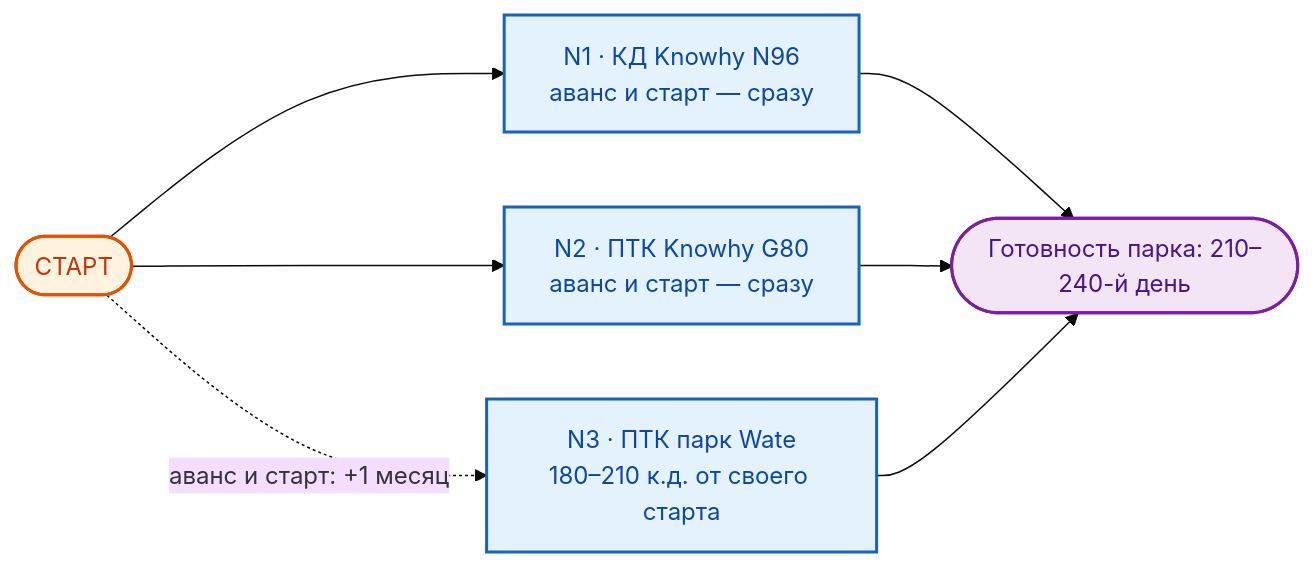
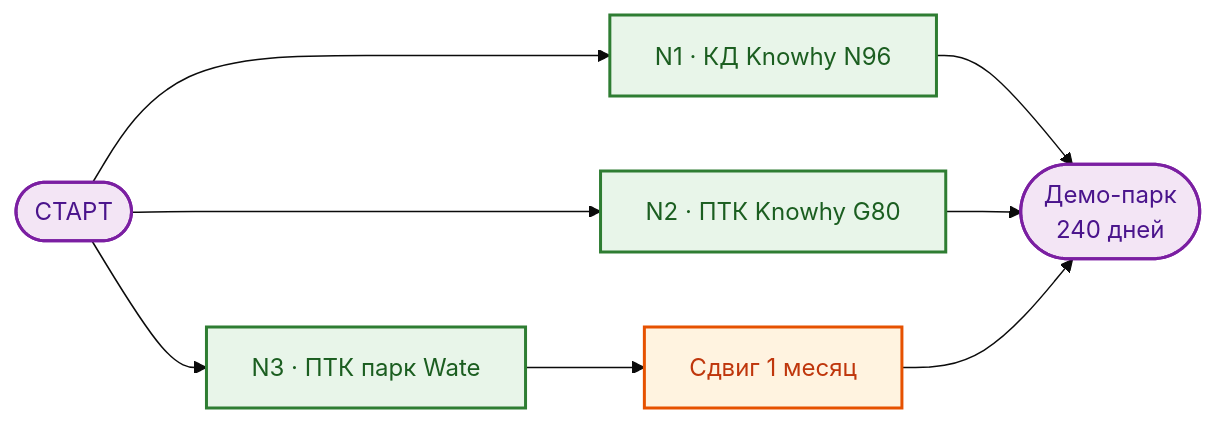
Before and after one commit to Konkery/Project-8_2026-N0-HORIZON: the first of 5 diagrams in 04__Договор/pre-contract-negotiations.md, drawn with Mermaid (base theme). The commit also changed other lines of this file and 3 other files, not shown here.

````diff
--- a/04__Договор/pre-contract-negotiations.md
+++ b/04__Договор/pre-contract-negotiations.md
@@ -367,14 +370,15 @@
 ```mermaid
 flowchart LR
     classDef storage fill:#E3F2FD,stroke:#1565C0,stroke-width:2px,color:#0D47A1;
     classDef engine  fill:#FFF3E0,stroke:#E65100,stroke-width:2px,color:#BF360C;
     classDef lib     fill:#E8F5E9,stroke:#2E7D32,stroke-width:2px,color:#1B5E20;
     classDef output  fill:#F3E5F5,stroke:#7B1FA2,stroke-width:2px,color:#4A148C;
 
-    S([СТАРТ]):::engine --> N1[N1 · КД Knowhy N96<br/>аванс и старт — сразу]:::storage
-    S --> N2[N2 · ПТК Knowhy G80<br/>аванс и старт — сразу]:::storage
-    S -. "аванс и старт: +1 месяц" .-> N3[N3 · ПТК парк Wate<br/>180–210 к.д. от своего старта]:::storage
-    N1 --> READY([Готовность парка: 210–240-й день]):::output
-    N2 --> READY
-    N3 --> READY
+    S([СТАРТ]):::output --> N1[N1 · КД Knowhy N96]:::lib
+    S --> N2[N2 · ПТК Knowhy G80]:::lib
+    S --> N3[N3 · ПТК парк Wate]:::lib
+    N1 --> DEMO([Демо-парк<br/>240 дней]):::output
+    N2 --> DEMO
+    N3 --> SHIFT[Сдвиг 1 месяц]:::engine
+    SHIFT --> DEMO
 ```
````
